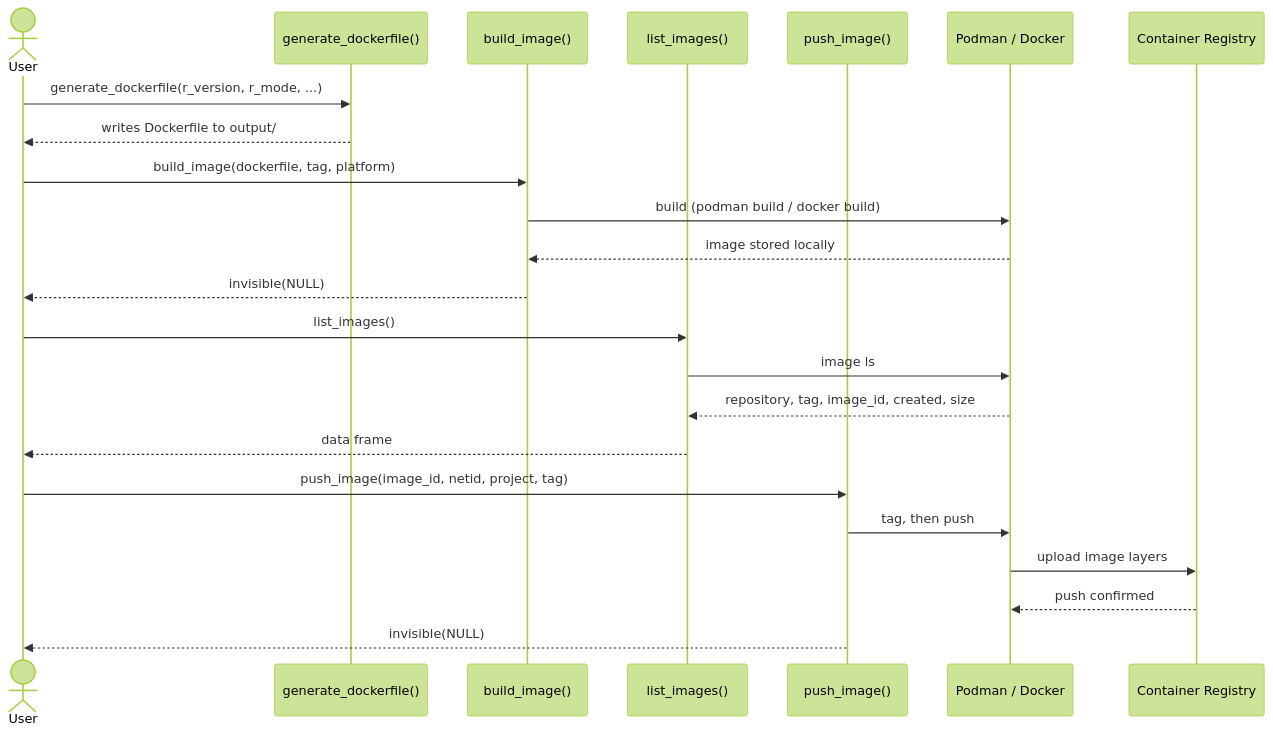
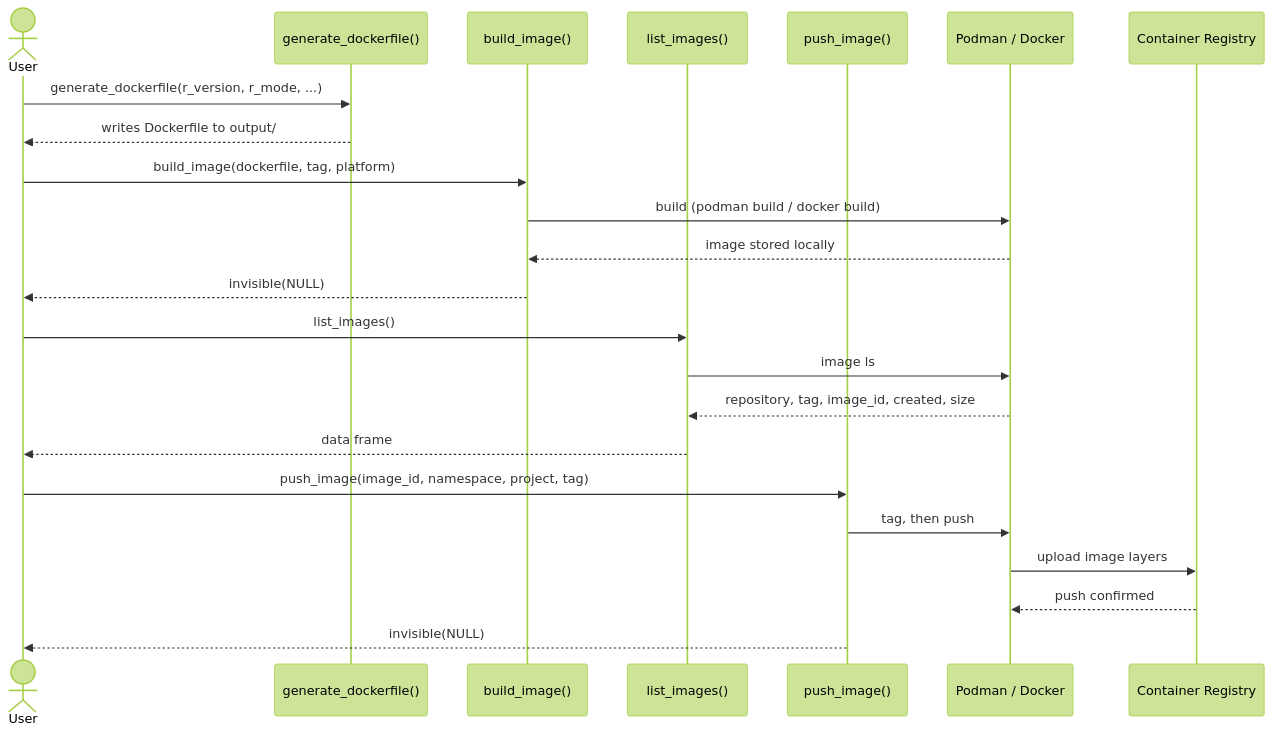
Before and after one commit to erwinlares/containr: the second of 8 diagrams in diagrams.qmd, drawn with Mermaid (forest theme). The commit also changed other lines of this file and 11 other files, not shown here.

````diff
--- a/diagrams.qmd
+++ b/diagrams.qmd
@@ -71,29 +71,29 @@
 ```{mermaid}
 sequenceDiagram
     actor User
     participant GD as generate_dockerfile()
     participant BI as build_image()
     participant LI as list_images()
     participant PI as push_image()
     participant Engine as Podman / Docker
     participant Registry as Container Registry
 
     User->>GD: generate_dockerfile(r_version, r_mode, ...)
     GD-->>User: writes Dockerfile to output/
 
     User->>BI: build_image(dockerfile, tag, platform)
     BI->>Engine: build (podman build / docker build)
     Engine-->>BI: image stored locally
     BI-->>User: invisible(NULL)
 
     User->>LI: list_images()
     LI->>Engine: image ls
     Engine-->>LI: repository, tag, image_id, created, size
     LI-->>User: data frame
 
-    User->>PI: push_image(image_id, netid, project, tag)
+    User->>PI: push_image(image_id, namespace, project, tag)
     PI->>Engine: tag, then push
     Engine->>Registry: upload image layers
     Registry-->>Engine: push confirmed
     PI-->>User: invisible(NULL)
 ```
````
